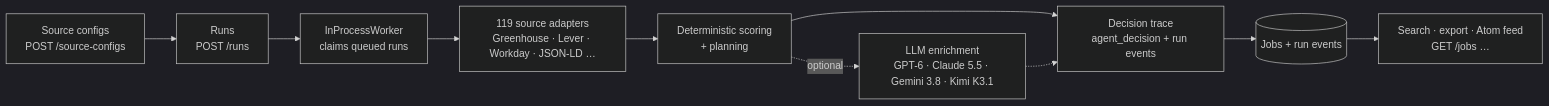
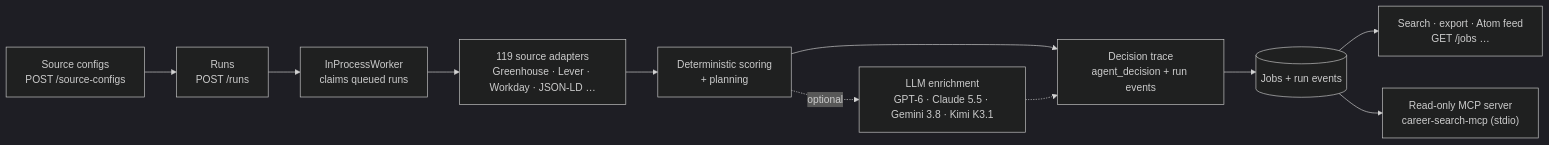
Before and after one commit to Francis1998/agentic-career-search: the diagram in README.md, drawn with Mermaid (dark theme). The commit also changed other lines of this file and 14 other files, not shown here.

First line of the commit message:
docs(mcp): MCP server guide, demo GIF from a real stdio session

````diff
--- a/README.md
+++ b/README.md
@@ -30,12 +32,13 @@
 ```mermaid
 flowchart LR
     SC["Source configs<br/>POST /source-configs"] --> RUN["Runs<br/>POST /runs"]
     RUN --> W["InProcessWorker<br/>claims queued runs"]
     W --> AD["119 source adapters<br/>Greenhouse · Lever · Workday · JSON-LD …"]
     AD --> SCORE["Deterministic scoring<br/>+ planning"]
     SCORE --> DT["Decision trace<br/>agent_decision + run events"]
     SCORE -. optional .-> LLM["LLM enrichment<br/>GPT-6 · Claude 5.5 · Gemini 3.8 · Kimi K3.1"]
     LLM -.-> DT
     DT --> DB[("Jobs + run events")]
     DB --> API["Search · export · Atom feed<br/>GET /jobs …"]
+    DB --> MCP["Read-only MCP server<br/>career-search-mcp (stdio)"]
 ```
````
